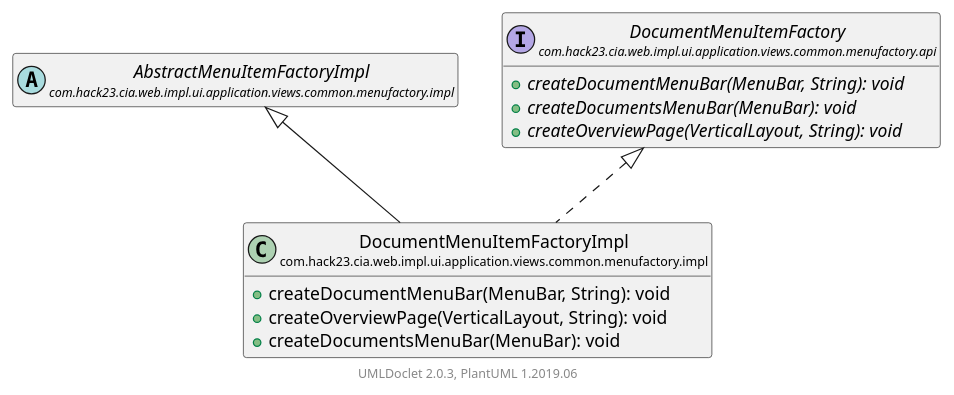
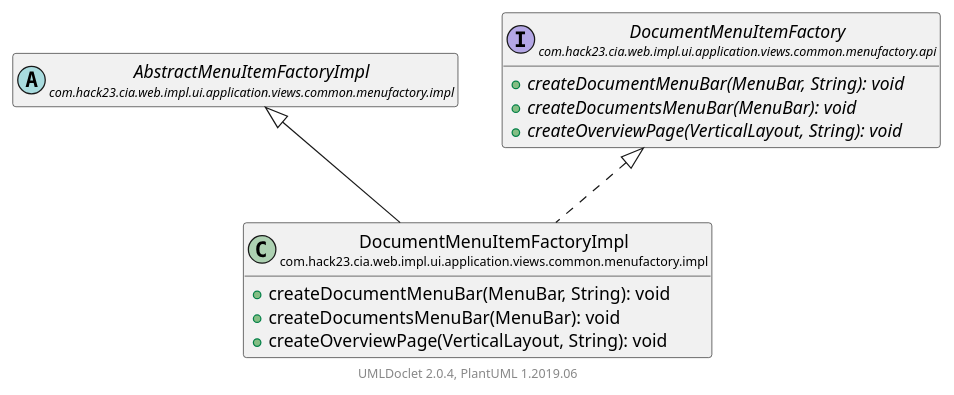
One commit to Hack23/cia changed the diagram in apidocs/com/hack23/cia/web/impl/ui/application/views/common/menufactory/impl/DocumentMenuItemFactoryImpl.puml. Above: the diagram before and after it, drawn with PlantUML. The commit also changed 6183 other files, not shown here.

```diff
--- a/apidocs/com/hack23/cia/web/impl/ui/application/views/common/menufactory/impl/DocumentMenuItemFactoryImpl.puml
+++ b/apidocs/com/hack23/cia/web/impl/ui/application/views/common/menufactory/impl/DocumentMenuItemFactoryImpl.puml
@@ -1,23 +1,23 @@
 @startuml
     set namespaceSeparator none
     hide empty fields
     hide empty methods
 
     class "<size:14>DocumentMenuItemFactoryImpl\n<size:10>com.hack23.cia.web.impl.ui.application.views.common.menufactory.impl" as com.hack23.cia.web.impl.ui.application.views.common.menufactory.impl.DocumentMenuItemFactoryImpl [[DocumentMenuItemFactoryImpl.html]] {
         +createDocumentMenuBar(MenuBar, String): void
+        +createDocumentsMenuBar(MenuBar): void
         +createOverviewPage(VerticalLayout, String): void
-        +createDocumentsMenuBar(MenuBar): void
     }
 
     abstract class "<size:14>AbstractMenuItemFactoryImpl\n<size:10>com.hack23.cia.web.impl.ui.application.views.common.menufactory.impl" as com.hack23.cia.web.impl.ui.application.views.common.menufactory.impl.AbstractMenuItemFactoryImpl [[AbstractMenuItemFactoryImpl.html]]
     interface "<size:14>DocumentMenuItemFactory\n<size:10>com.hack23.cia.web.impl.ui.application.views.common.menufactory.api" as com.hack23.cia.web.impl.ui.application.views.common.menufactory.api.DocumentMenuItemFactory [[../api/DocumentMenuItemFactory.html]] {
         {abstract} +createDocumentMenuBar(MenuBar, String): void
         {abstract} +createDocumentsMenuBar(MenuBar): void
         {abstract} +createOverviewPage(VerticalLayout, String): void
     }
 
     com.hack23.cia.web.impl.ui.application.views.common.menufactory.impl.AbstractMenuItemFactoryImpl <|-- com.hack23.cia.web.impl.ui.application.views.common.menufactory.impl.DocumentMenuItemFactoryImpl
     com.hack23.cia.web.impl.ui.application.views.common.menufactory.api.DocumentMenuItemFactory <|.. com.hack23.cia.web.impl.ui.application.views.common.menufactory.impl.DocumentMenuItemFactoryImpl
 
-    center footer UMLDoclet 2.0.3, PlantUML 1.2019.06
+    center footer UMLDoclet 2.0.4, PlantUML 1.2019.06
 @enduml
```
